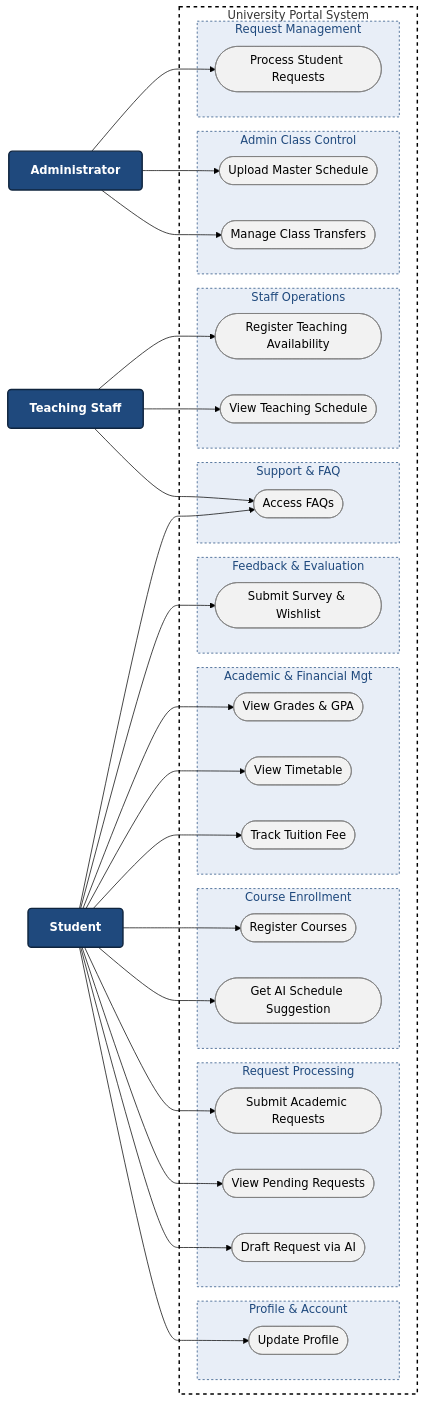
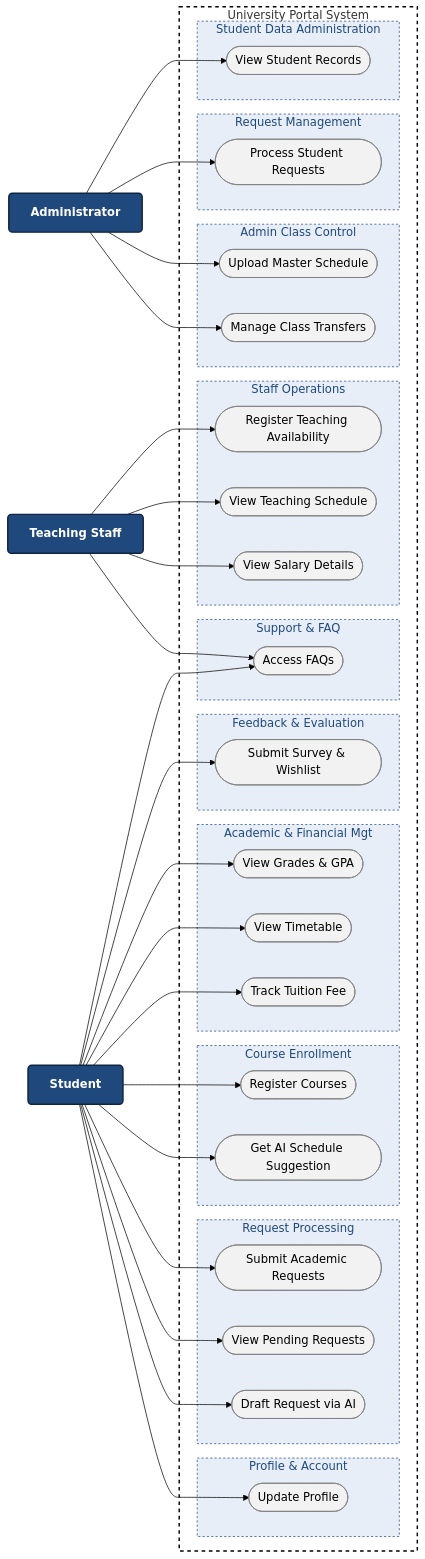
Before and after one commit to ltny24/Software-Engineering---Group-6: the diagram in docs/requirements/Project_Proposal.md, drawn with Mermaid (forest theme). The commit also changed other lines of this file, not shown here.

Commit message:
Add new use cases and functional groups to proposal

````diff
--- a/docs/requirements/Project_Proposal.md
+++ b/docs/requirements/Project_Proposal.md
@@ -6,57 +6,81 @@
 ```mermaid
 flowchart LR
     classDef actor fill:#1f497d,stroke:#0f243e,stroke-width:2px,color:#fff,font-weight:bold,rx:5
     classDef usecase fill:#f2f2f2,stroke:#7f7f7f,stroke-width:1px,color:#000
     classDef sysBound fill:none,stroke:#000000,stroke-width:2px,stroke-dasharray: 5 5
     classDef module fill:#e8eef7,stroke:#1f497d,stroke-width:1px,color:#1f497d,stroke-dasharray: 3 3
 
     ST[" Student"]:::actor
     TC[" Teaching Staff"]:::actor
     AD[" Administrator"]:::actor
 
     subgraph LMS["University Portal System"]
         
         subgraph M1["Profile & Account"]
             UC1([Update Profile]):::usecase
         end
         subgraph M2["Request Processing"]
             UC2([Submit Academic Requests]):::usecase
             UC2_1([View Pending Requests]):::usecase
             UC3([Draft Request via AI]):::usecase
         end
         subgraph M3["Course Enrollment"]
             UC4([Register Courses]):::usecase
             UC5([Get AI Schedule Suggestion]):::usecase
         end
         subgraph M4["Academic & Financial Mgt"]
             UC6([View Grades & GPA]):::usecase
             UC7([View Timetable]):::usecase
             UC8([Track Tuition Fee]):::usecase
         end
         subgraph M5["Feedback & Evaluation"]
             UC9([Submit Survey & Wishlist]):::usecase
         end
         subgraph M6["Support & FAQ"]
             UC10([Access FAQs]):::usecase
         end
         subgraph M7["Staff Operations"]
             UC11([Register Teaching Availability]):::usecase
             UC12([View Teaching Schedule]):::usecase
+            UC16([View Salary Details]):::usecase
         end
         subgraph M8["Admin Class Control"]
             UC13([Upload Master Schedule]):::usecase
             UC14([Manage Class Transfers]):::usecase
         end
         subgraph M9["Request Management"]
             UC15([Process Student Requests]):::usecase
         end
+        subgraph M10["Student Data Administration"]
+            UC17([View Student Records]):::usecase
+        end
     end
     
     class LMS sysBound
-    class M1,M2,M3,M4,M5,M6,M7,M8,M9 module
+    class M1,M2,M3,M4,M5,M6,M7,M8,M9,M10 module
 
-    %% Standard links to fix GitHub Lexical Error
-    ST --> UC1 & UC2 & UC2_1 & UC3 & UC4 & UC5 & UC6 & UC7 & UC8 & UC9 & UC10
-    TC --> UC10 & UC11 & UC12
-    AD --> UC13 & UC14 & UC15
+    %% Explicit Links for Student (Mũi tên xuôi)
+    ST --> UC1
+    ST --> UC2
+    ST --> UC2_1
+    ST --> UC3
+    ST --> UC4
+    ST --> UC5
+    ST --> UC6
+    ST --> UC7
+    ST --> UC8
+    ST --> UC9
+    ST --> UC10
+
+    %% Explicit Links for Teaching Staff (Mũi tên xuôi)
+    TC --> UC10
+    TC --> UC11
+    TC --> UC12
+    TC --> UC16
+
+    %% Explicit Links for Administrator (Mũi tên xuôi)
+    AD --> UC13
+    AD --> UC14
+    AD --> UC15
+    AD --> UC17
 ```
````
